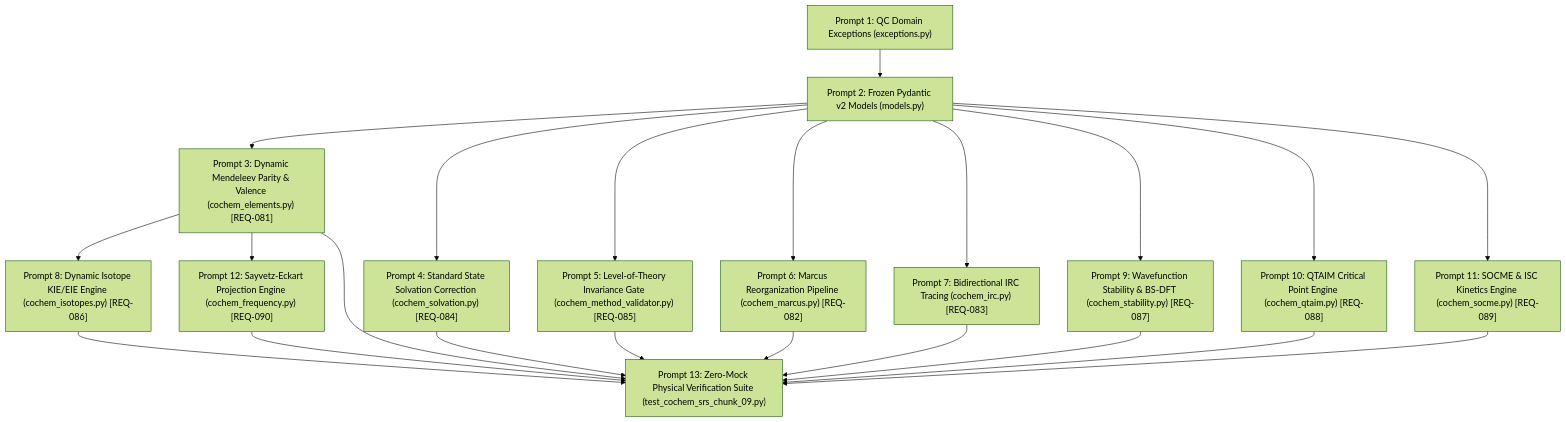
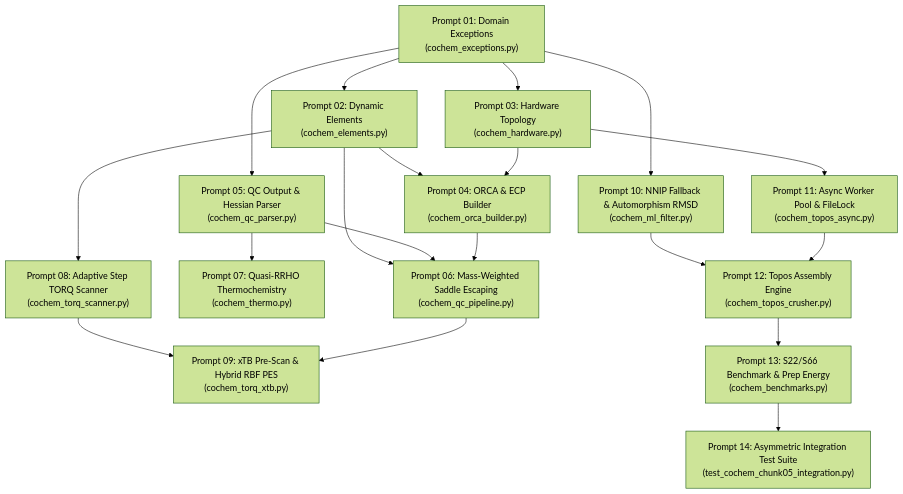
Before and after one commit to ProfJJK-CoChem/CoChem-SpycFit: the diagram in cochem_audit_payload.md, drawn with Mermaid (forest theme). The commit also changed other lines of this file and 5 other files, not shown here.

Commit message:
Automated completion of Perfected_SRS_Chunk_05_prompts.md

````diff
--- a/cochem_audit_payload.md
+++ b/cochem_audit_payload.md
@@ -15,25 +14,21 @@
 ```mermaid
 graph TD
-    P1["Prompt 1: QC Domain Exceptions (exceptions.py)"] --> P2["Prompt 2: Frozen Pydantic v2 Models (models.py)"]
-    P2 --> P3["Prompt 3: Dynamic Mendeleev Parity & Valence (cochem_elements.py) [REQ-081]"]
-    P2 --> P4["Prompt 4: Standard State Solvation Correction (cochem_solvation.py) [REQ-084]"]
-    P2 --> P5["Prompt 5: Level-of-Theory Invariance Gate (cochem_method_validator.py) [REQ-085]"]
-    P2 --> P6["Prompt 6: Marcus Reorganization Pipeline (cochem_marcus.py) [REQ-082]"]
-    P2 --> P7["Prompt 7: Bidirectional IRC Tracing (cochem_irc.py) [REQ-083]"]
-    P3 --> P8["Prompt 8: Dynamic Isotope KIE/EIE Engine (cochem_isotopes.py) [REQ-086]"]
-    P2 --> P9["Prompt 9: Wavefunction Stability & BS-DFT (cochem_stability.py) [REQ-087]"]
-    P2 --> P10["Prompt 10: QTAIM Critical Point Engine (cochem_qtaim.py) [REQ-088]"]
-    P2 --> P11["Prompt 11: SOCME & ISC Kinetics Engine (cochem_socme.py) [REQ-089]"]
-    P3 --> P12["Prompt 12: Sayvetz-Eckart Projection Engine (cochem_frequency.py) [REQ-090]"]
-    
-    P3 --> P13["Prompt 13: Zero-Mock Physical Verification Suite (test_cochem_srs_chunk_09.py)"]
-    P4 --> P13
-    P5 --> P13
-    P6 --> P13
-    P7 --> P13
-    P8 --> P13
-    P9 --> P13
-    P10 --> P13
-    P11 --> P13
-    P12 --> P13
+    P01["Prompt 01: Domain Exceptions<br/>(cochem_exceptions.py)"] --> P02["Prompt 02: Dynamic Elements<br/>(cochem_elements.py)"]
+    P01 --> P03["Prompt 03: Hardware Topology<br/>(cochem_hardware.py)"]
+    P02 --> P04["Prompt 04: ORCA & ECP Builder<br/>(cochem_orca_builder.py)"]
+    P03 --> P04
+    P01 --> P05["Prompt 05: QC Output & Hessian Parser<br/>(cochem_qc_parser.py)"]
+    P02 --> P06["Prompt 06: Mass-Weighted Saddle Escaping<br/>(cochem_qc_pipeline.py)"]
+    P05 --> P06
+    P04 --> P06
+    P05 --> P07["Prompt 07: Quasi-RRHO Thermochemistry<br/>(cochem_thermo.py)"]
+    P02 --> P08["Prompt 08: Adaptive Step TORQ Scanner<br/>(cochem_torq_scanner.py)"]
+    P08 --> P09["Prompt 09: xTB Pre-Scan & Hybrid RBF PES<br/>(cochem_torq_xtb.py)"]
+    P06 --> P09
+    P01 --> P10["Prompt 10: NNIP Fallback & Automorphism RMSD<br/>(cochem_ml_filter.py)"]
+    P03 --> P11["Prompt 11: Async Worker Pool & FileLock<br/>(cochem_topos_async.py)"]
+    P10 --> P12["Prompt 12: Topos Assembly Engine<br/>(cochem_topos_crusher.py)"]
+    P11 --> P12
+    P12 --> P13["Prompt 13: S22/S66 Benchmark & Prep Energy<br/>(cochem_benchmarks.py)"]
+    P13 --> P14["Prompt 14: Asymmetric Integration Test Suite<br/>(test_cochem_chunk05_integration.py)"]
 ```
````
